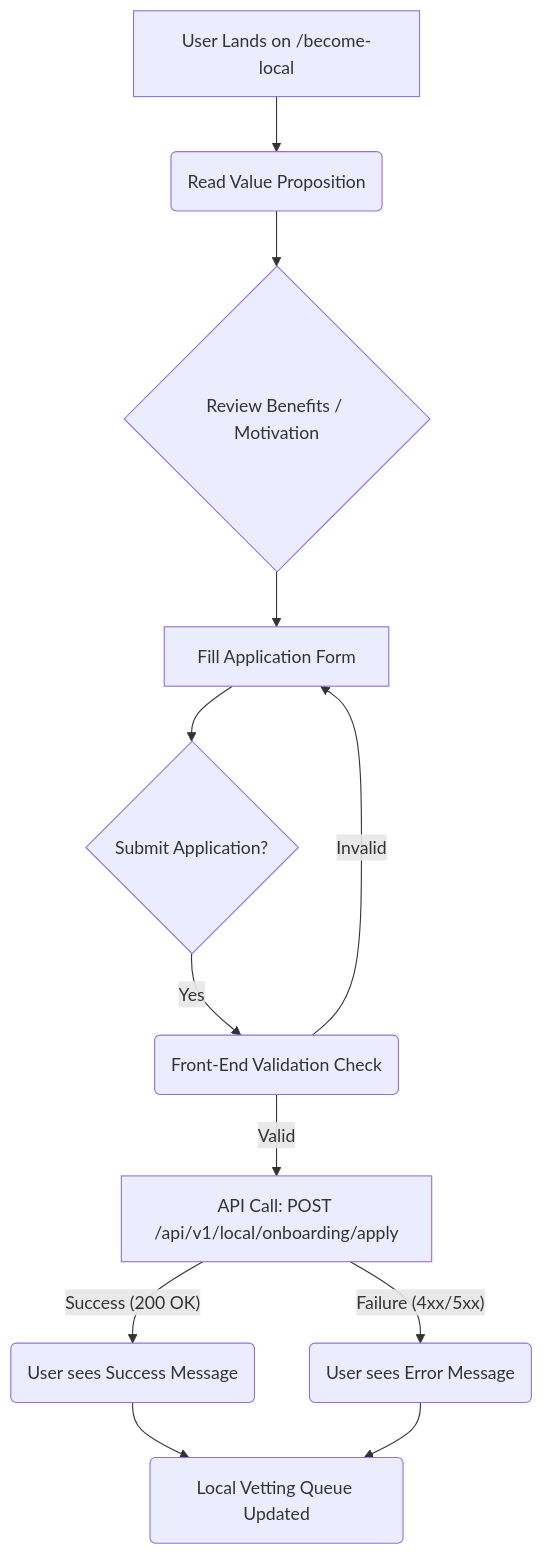
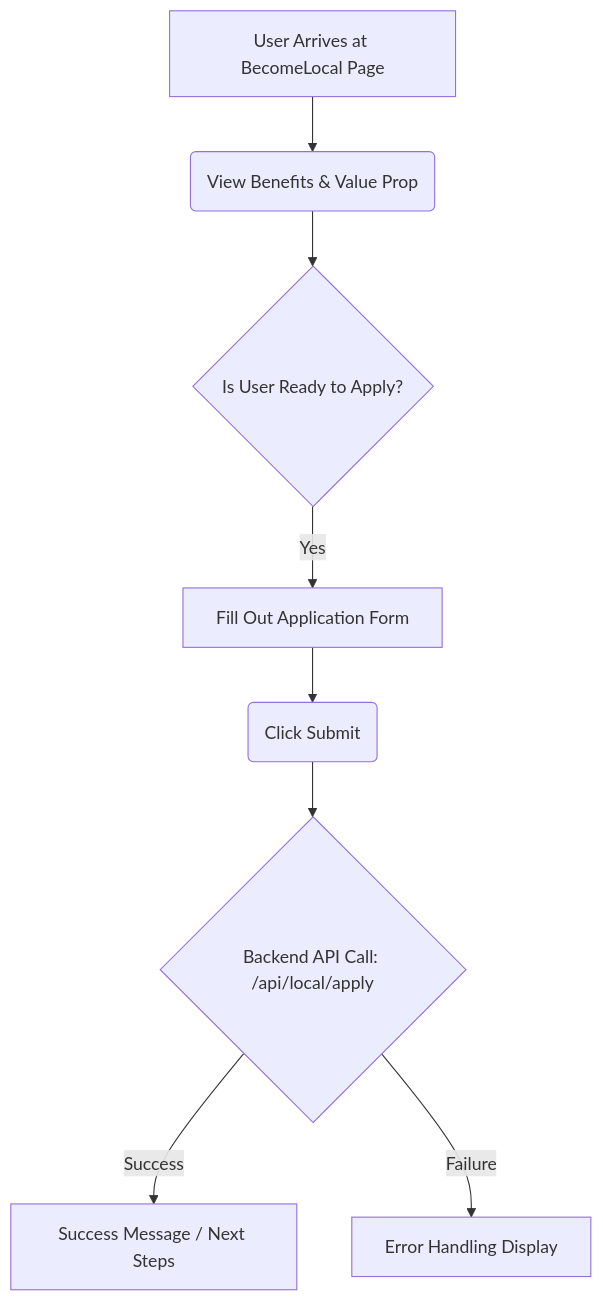
Before and after one commit to phungh67/lokask: the diagram in docs/lokask-frontend/src/pages/BecomeLocal.md, drawn with Mermaid. The commit also changed other lines of this file and 66 other files, not shown here.

````diff
--- a/docs/lokask-frontend/src/pages/BecomeLocal.md
+++ b/docs/lokask-frontend/src/pages/BecomeLocal.md
@@ -76,14 +49,10 @@
 ```mermaid
 graph TD
-    A[User Lands on /become-local] --> B(Read Value Proposition);
-    B --> C{Review Benefits / Motivation};
-    C --> D[Fill Application Form];
-    D --> E{Submit Application?};
-    E -- Yes --> F(Front-End Validation Check);
-    F -- Valid --> G[API Call: POST /api/v1/local/onboarding/apply];
-    F -- Invalid --> D;
-    G -- Success (200 OK) --> H(User sees Success Message);
-    G -- Failure (4xx/5xx) --> I(User sees Error Message);
-    H --> J(Local Vetting Queue Updated);
-    I --> J;
+    A[User Arrives at BecomeLocal Page] --> B(View Benefits & Value Prop);
+    B --> C{Is User Ready to Apply?};
+    C -- Yes --> D[Fill Out Application Form];
+    D --> E(Click Submit);
+    E --> F{Backend API Call: /api/local/apply};
+    F -- Success --> G[Success Message / Next Steps];
+    F -- Failure --> H[Error Handling Display];
 ```
````
